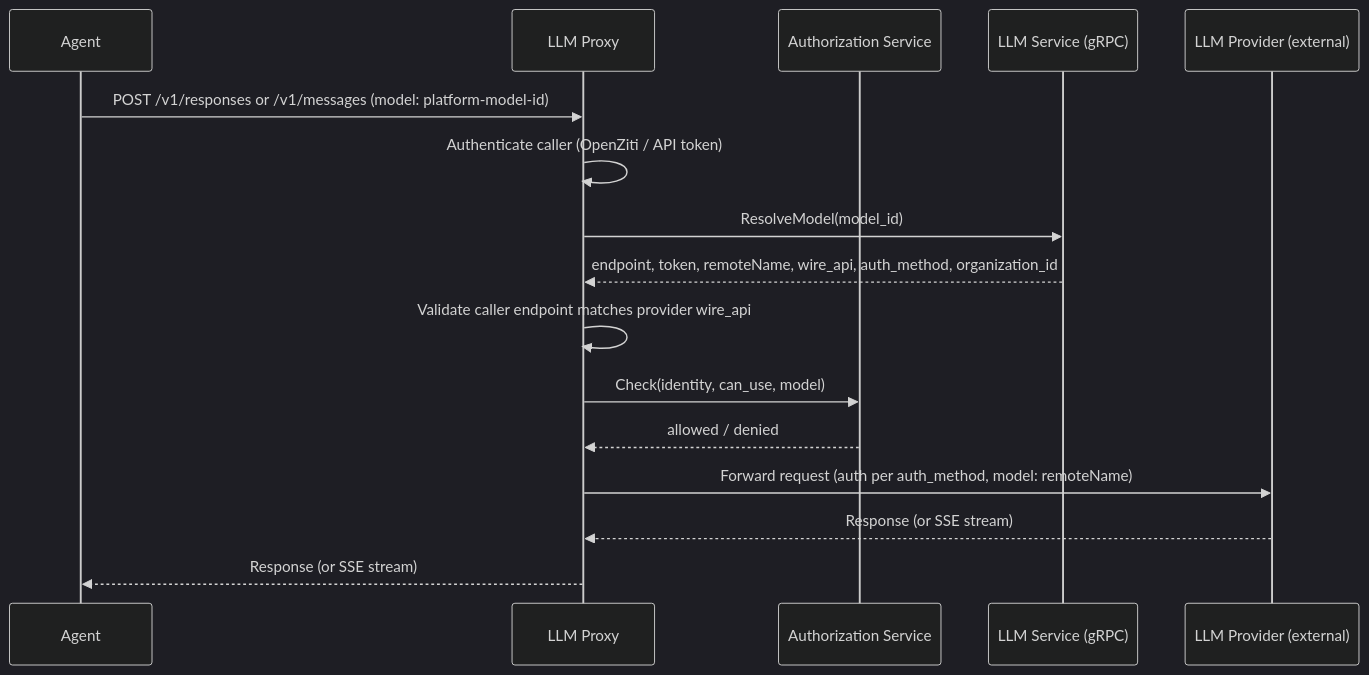
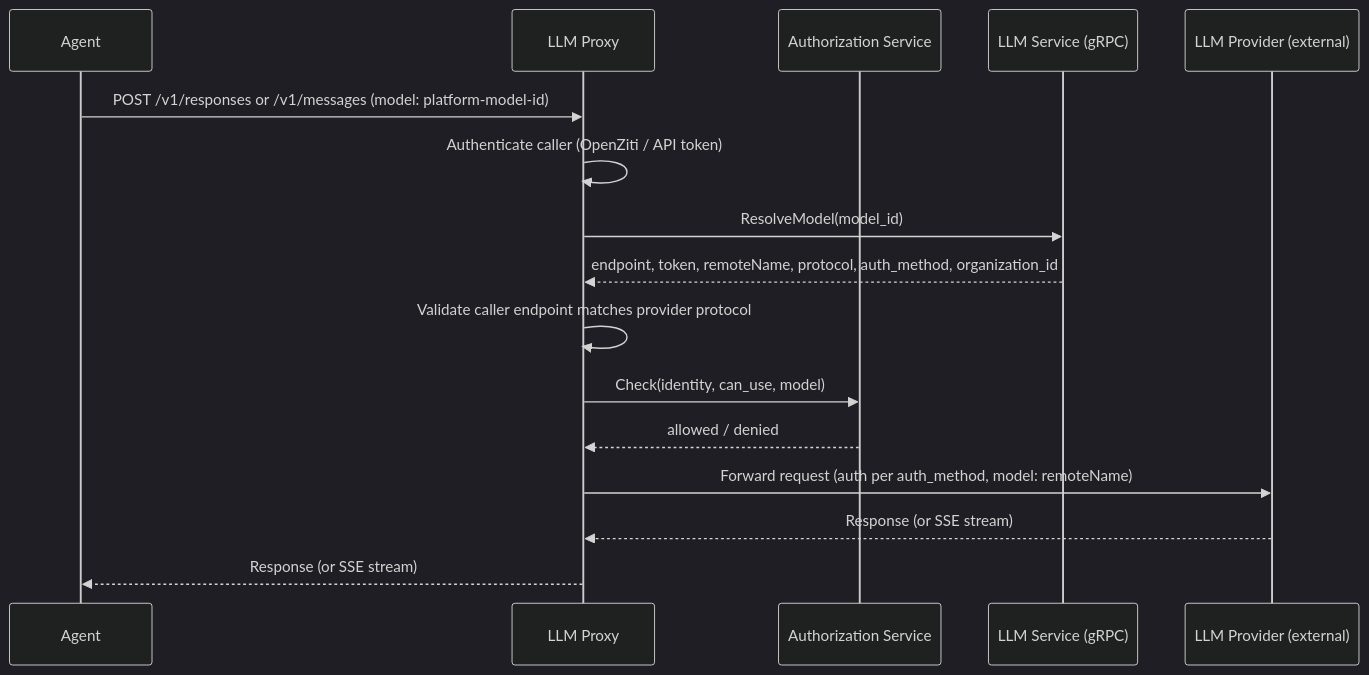
Before and after one commit to agynio/architecture: the diagram in architecture/llm-proxy.md, drawn with Mermaid (dark theme). The commit also changed other lines of this file and 3 other files, not shown here.

First line of the commit message:
rename wire_api to protocol on LLM Provider resource

````diff
--- a/architecture/llm-proxy.md
+++ b/architecture/llm-proxy.md
@@ -140,19 +140,19 @@
 ```mermaid
 sequenceDiagram
     participant A as Agent
     participant P as LLM Proxy
     participant Auth as Authorization Service
     participant L as LLM Service (gRPC)
     participant E as LLM Provider (external)
 
     A->>P: POST /v1/responses or /v1/messages (model: platform-model-id)
     P->>P: Authenticate caller (OpenZiti / API token)
     P->>L: ResolveModel(model_id)
-    L-->>P: endpoint, token, remoteName, wire_api, auth_method, organization_id
-    P->>P: Validate caller endpoint matches provider wire_api
+    L-->>P: endpoint, token, remoteName, protocol, auth_method, organization_id
+    P->>P: Validate caller endpoint matches provider protocol
     P->>Auth: Check(identity, can_use, model)
     Auth-->>P: allowed / denied
     P->>E: Forward request (auth per auth_method, model: remoteName)
     E-->>P: Response (or SSE stream)
     P-->>A: Response (or SSE stream)
 ```
````
